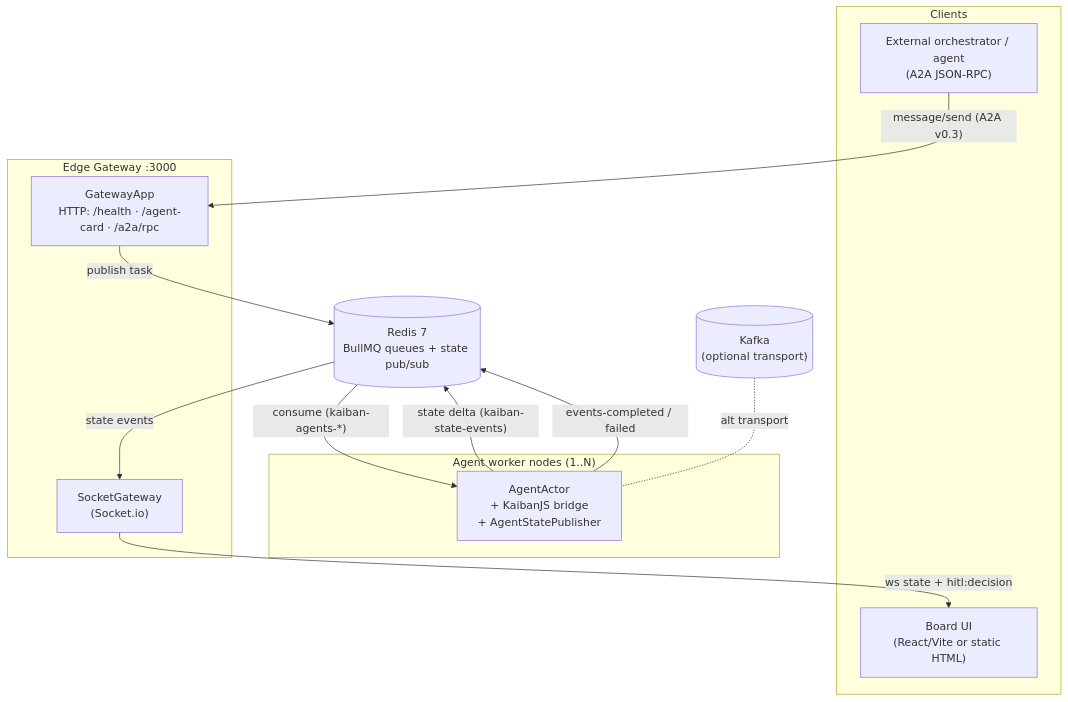
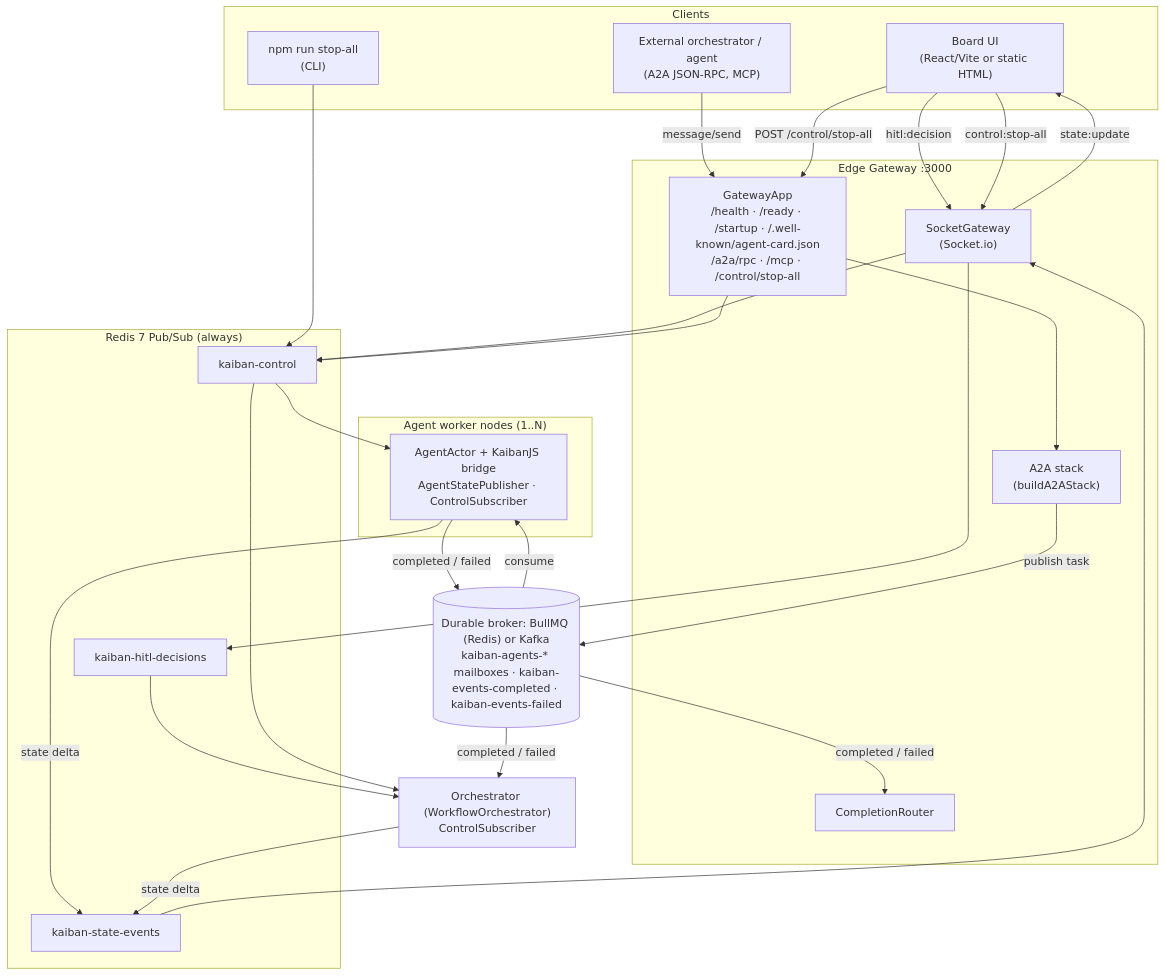
One commit to andreibesleaga/kaiban-distributed changed the first of 2 diagrams in README.md. Above: the diagram before and after it, drawn with Mermaid. The commit also changed other lines of this file and 1 other file, not shown here.

Commit message:
docs(readme): one container view with the control channel, library section, new diagrams page

````diff
--- a/README.md
+++ b/README.md
@@ -118,24 +133,45 @@
 ```mermaid
 flowchart TB
   subgraph Clients
     Board["Board UI<br/>(React/Vite or static HTML)"]
-    Ext["External orchestrator / agent<br/>(A2A JSON-RPC)"]
+    Ext["External orchestrator / agent<br/>(A2A JSON-RPC, MCP)"]
+    CLI["npm run stop-all<br/>(CLI)"]
   end
   subgraph Gateway["Edge Gateway :3000"]
-    GW["GatewayApp<br/>HTTP: /health · /agent-card · /a2a/rpc"]
+    GW["GatewayApp<br/>/health · /ready · /startup · /.well-known/agent-card.json<br/>/a2a/rpc · /mcp · /control/stop-all"]
+    A2A["A2A stack<br/>(buildA2AStack)"]
     SG["SocketGateway<br/>(Socket.io)"]
+    CR["CompletionRouter"]
   end
-  Redis[("Redis 7<br/>BullMQ queues + state pub/sub")]
-  Kafka[("Kafka<br/>(optional transport)")]
+  subgraph Redis["Redis 7 Pub/Sub (always)"]
+    SE["kaiban-state-events"]
+    HD["kaiban-hitl-decisions"]
+    CC["kaiban-control"]
+  end
+  Broker[("Durable broker: BullMQ (Redis) or Kafka<br/>kaiban-agents-* mailboxes · kaiban-events-completed · kaiban-events-failed")]
   subgraph Workers["Agent worker nodes (1..N)"]
-    A1["AgentActor<br/>+ KaibanJS bridge<br/>+ AgentStatePublisher"]
+    A1["AgentActor + KaibanJS bridge<br/>AgentStatePublisher · ControlSubscriber"]
   end
-  Ext -- "message/send (A2A v0.3)" --> GW
-  GW -- "publish task" --> Redis
-  Redis -- "consume (kaiban-agents-*)" --> A1
-  Kafka -. "alt transport" .- A1
-  A1 -- "state delta (kaiban-state-events)" --> Redis
-  A1 -- "events-completed / failed" --> Redis
-  Redis -- "state events" --> SG
-  SG -- "ws state + hitl:decision" --> Board
+  Orch["Orchestrator (WorkflowOrchestrator)<br/>ControlSubscriber"]
+  Ext -- "message/send" --> GW
+  GW --> A2A
+  A2A -- "publish task" --> Broker
+  Broker -- "consume" --> A1
+  A1 -- "completed / failed" --> Broker
+  Broker -- "completed / failed" --> CR
+  Broker -- "completed / failed" --> Orch
+  A1 -- "state delta" --> SE
+  Orch -- "state delta" --> SE
+  SE --> SG
+  SG -- "state:update" --> Board
+  Board -- "hitl:decision" --> SG
+  SG --> HD
+  HD --> Orch
+  Board -- "control:stop-all" --> SG
+  Board -- "POST /control/stop-all" --> GW
+  CLI --> CC
+  SG --> CC
+  GW --> CC
+  CC --> A1
+  CC --> Orch
 ```
````
